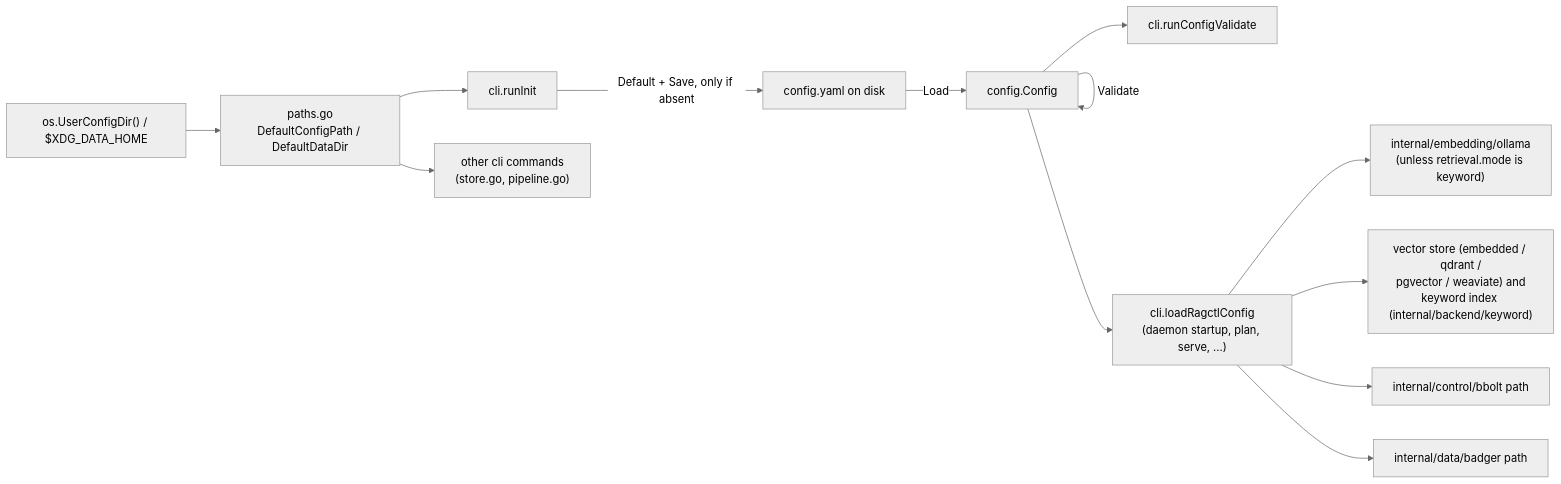
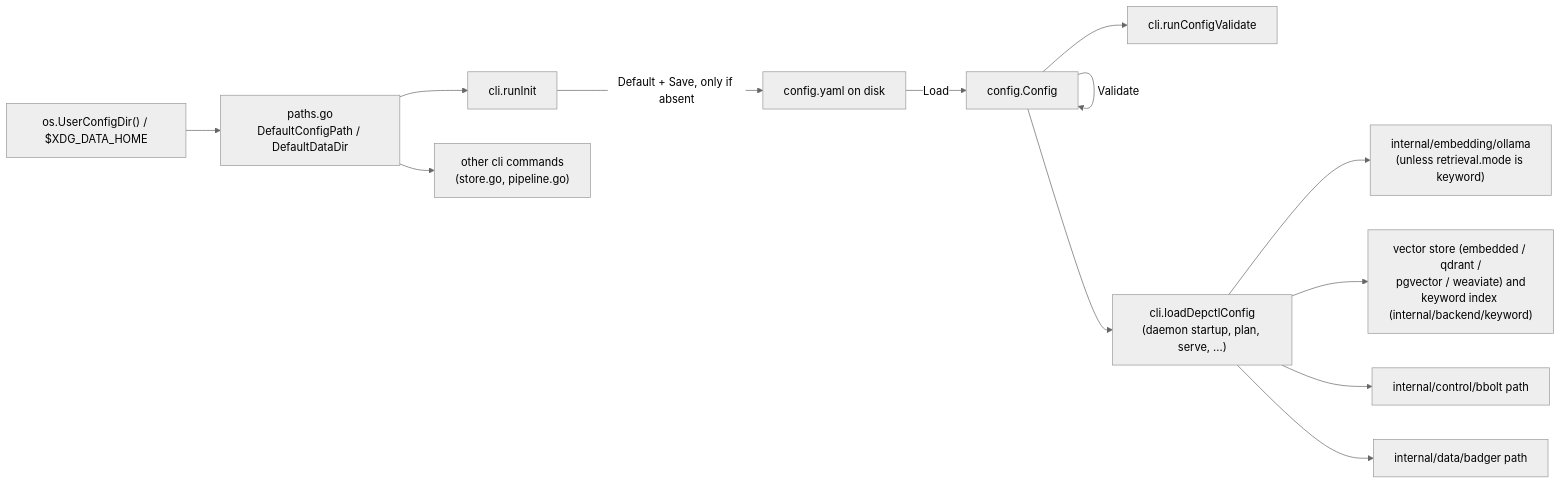
Before and after one commit to aleutian-ai/depctl: the diagram in docs/internal/config.md, drawn with Mermaid (neutral theme). The commit also changed other lines of this file and 588 other files, not shown here.

Commit message:
Rename ragctl to depctl: binary, module github.com/aleutian-ai/depctl, paths, env vars, metrics, MCP name, docs

````diff
--- a/docs/internal/config.md
+++ b/docs/internal/config.md
@@ -72,17 +72,17 @@
 ```mermaid
 flowchart LR
     OS["os.UserConfigDir() / $XDG_DATA_HOME"] --> Paths["paths.go\nDefaultConfigPath / DefaultDataDir"]
     Paths --> Init["cli.runInit"]
     Paths --> OtherCLI["other cli commands\n(store.go, pipeline.go)"]
 
     YAMLFile["config.yaml on disk"] -->|Load| Config["config.Config"]
     Config -->|Validate| Config
     Init -->|Default + Save, only if absent| YAMLFile
 
     Config --> CLIValidate["cli.runConfigValidate"]
-    Config --> Pipeline["cli.loadRagctlConfig\n(daemon startup, plan, serve, ...)"]
+    Config --> Pipeline["cli.loadDepctlConfig\n(daemon startup, plan, serve, ...)"]
     Pipeline --> Embedding["internal/embedding/ollama\n(unless retrieval.mode is keyword)"]
     Pipeline --> Backend["vector store (embedded / qdrant /\npgvector / weaviate) and\nkeyword index (internal/backend/keyword)"]
     Pipeline --> Control["internal/control/bbolt path"]
     Pipeline --> Data["internal/data/badger path"]
 ```
````
